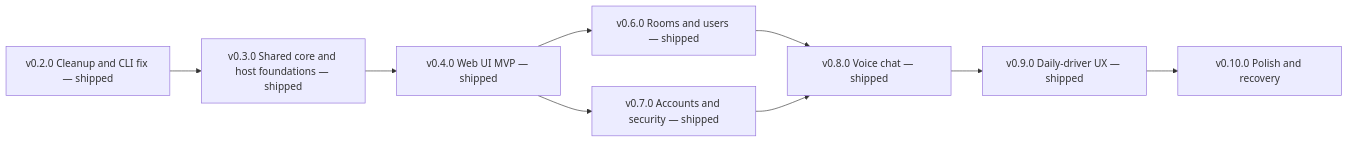
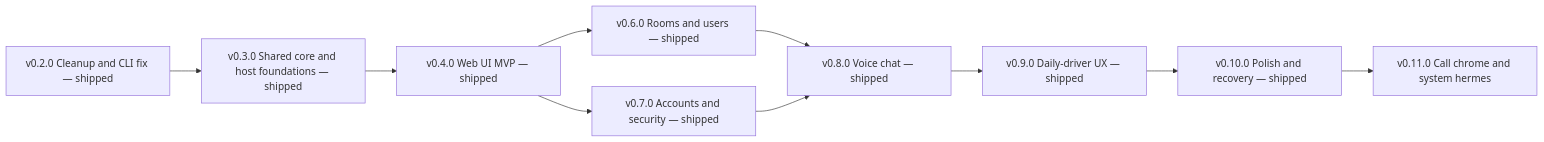
The diagram in docs/ROADMAP.md (ahyibrahim/hermes-be), drawn with Mermaid before and after one commit. The commit also changed other lines of this file, not shown here.

First line of the commit message:
Lock v0.11.0: call chrome and system hermes.

````diff
--- a/docs/ROADMAP.md
+++ b/docs/ROADMAP.md
@@ -108,11 +109,12 @@
 ```mermaid
 graph LR
   v02[v0.2.0 Cleanup and CLI fix — shipped] --> v03[v0.3.0 Shared core and host foundations — shipped]
   v03 --> v04[v0.4.0 Web UI MVP — shipped]
   v04 --> v06[v0.6.0 Rooms and users — shipped]
   v04 --> v07[v0.7.0 Accounts and security — shipped]
   v06 --> v08[v0.8.0 Voice chat — shipped]
   v07 --> v08
   v08 --> v09[v0.9.0 Daily-driver UX — shipped]
-  v09 --> v10[v0.10.0 Polish and recovery]
+  v09 --> v10[v0.10.0 Polish and recovery — shipped]
+  v10 --> v11[v0.11.0 Call chrome and system hermes]
 ```
````
